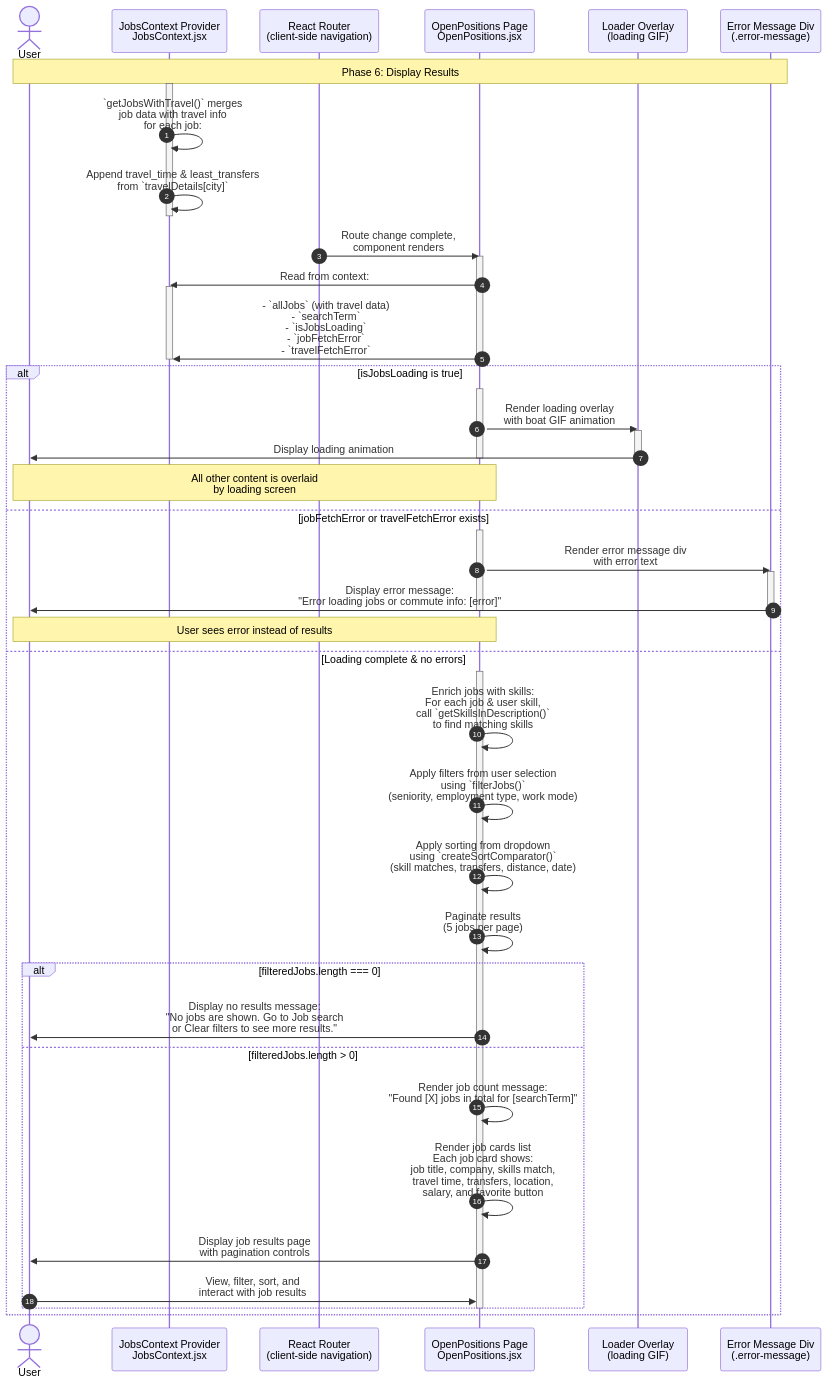
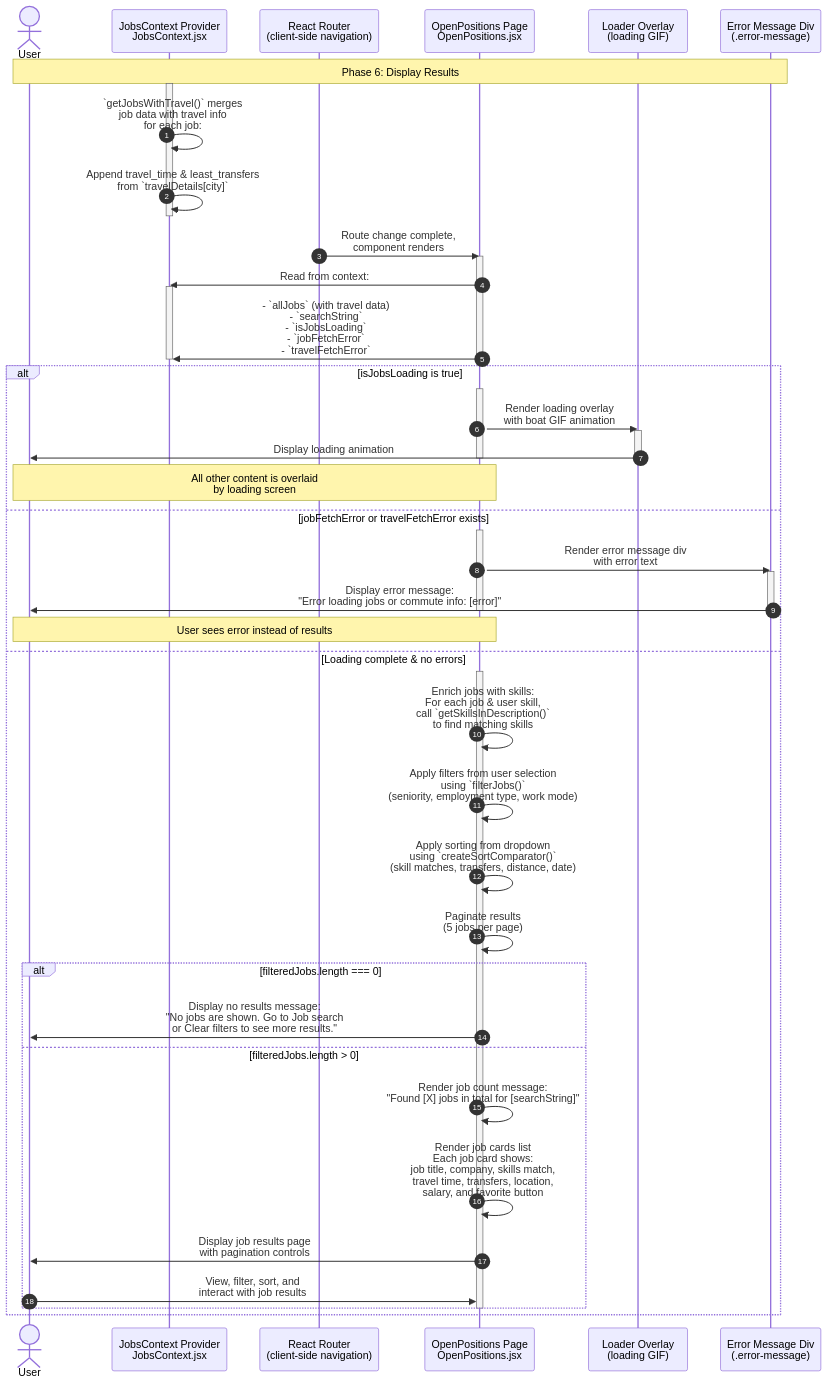
Before and after one commit to YahyaAl-Ademi/2025.10.23-JobCompass: the diagram in documentation/jobFetch/6.Display Results.md, drawn with Mermaid. The commit also changed 4 other files, not shown here.

Commit message:
Refactor search terminology: rename 'searchTerm' to 'searchString' for consistency across components and documentation

````diff
--- a/documentation/jobFetch/6.Display Results.md
+++ b/documentation/jobFetch/6.Display Results.md
@@ -7,66 +7,66 @@
 ```mermaid
 sequenceDiagram
     autonumber
     actor User
     %% File paths:
     %% JobsContext: client/src/context/JobsContext.jsx
     %% OpenPositions: client/src/pages/openPositions/OpenPositions.jsx
     participant JobsContext as JobsContext Provider<br/>JobsContext.jsx
     participant Router as React Router<br/>(client-side navigation)
     participant OpenPositions as OpenPositions Page<br/>OpenPositions.jsx
     participant LoaderOverlay as Loader Overlay<br/>(loading GIF)
     participant ErrorDisplay as Error Message Div<br/>(.error-message)
 
     Note over User,ErrorDisplay: Phase 6: Display Results
     activate JobsContext
     JobsContext->>JobsContext: `getJobsWithTravel()` merges<br/>job data with travel info<br/>for each job:
     JobsContext->>JobsContext: Append travel_time & least_transfers<br/>from `travelDetails[city]`
     deactivate JobsContext
 
     Router->>OpenPositions: Route change complete,<br/>component renders
 
     activate OpenPositions
     OpenPositions->>JobsContext: Read from context:
     activate JobsContext
-    OpenPositions->>JobsContext: - `allJobs` (with travel data)<br/>- `searchTerm`<br/>- `isJobsLoading`<br/>- `jobFetchError`<br/>- `travelFetchError`
+    OpenPositions->>JobsContext: - `allJobs` (with travel data)<br/>- `searchString`<br/>- `isJobsLoading`<br/>- `jobFetchError`<br/>- `travelFetchError`
     deactivate JobsContext
     deactivate OpenPositions
 
     alt isJobsLoading is true
         activate OpenPositions
         OpenPositions->>LoaderOverlay: Render loading overlay<br/>with boat GIF animation
         activate LoaderOverlay
         LoaderOverlay->>User: Display loading animation
         deactivate LoaderOverlay
         deactivate OpenPositions
         Note over OpenPositions,User: All other content is overlaid<br/>by loading screen
     else jobFetchError or travelFetchError exists
         activate OpenPositions
         OpenPositions->>ErrorDisplay: Render error message div<br/>with error text
         activate ErrorDisplay
         ErrorDisplay->>User: Display error message:<br/>"Error loading jobs or commute info: [error]"
         deactivate ErrorDisplay
         deactivate OpenPositions
         Note over OpenPositions,User: User sees error instead of results
     else Loading complete & no errors
         activate OpenPositions
         OpenPositions->>OpenPositions: Enrich jobs with skills:<br/>For each job & user skill,<br/>call `getSkillsInDescription()`<br/>to find matching skills
 
         OpenPositions->>OpenPositions: Apply filters from user selection<br/>using `filterJobs()`<br/>(seniority, employment type, work mode)
 
         OpenPositions->>OpenPositions: Apply sorting from dropdown<br/>using `createSortComparator()`<br/>(skill matches, transfers, distance, date)
 
         OpenPositions->>OpenPositions: Paginate results<br/>(5 jobs per page)
 
         alt filteredJobs.length === 0
             OpenPositions->>User: Display no results message:<br/>"No jobs are shown. Go to Job search<br/>or Clear filters to see more results."
         else filteredJobs.length > 0
-            OpenPositions->>OpenPositions: Render job count message:<br/>"Found [X] jobs in total for [searchTerm]"
+            OpenPositions->>OpenPositions: Render job count message:<br/>"Found [X] jobs in total for [searchString]"
             OpenPositions->>OpenPositions: Render job cards list<br/>Each job card shows:<br/>job title, company, skills match,<br/>travel time, transfers, location,<br/>salary, and favorite button
             OpenPositions->>User: Display job results page<br/>with pagination controls
 
             User->>OpenPositions: View, filter, sort, and<br/>interact with job results
         end
         deactivate OpenPositions
     end
 ```
````
